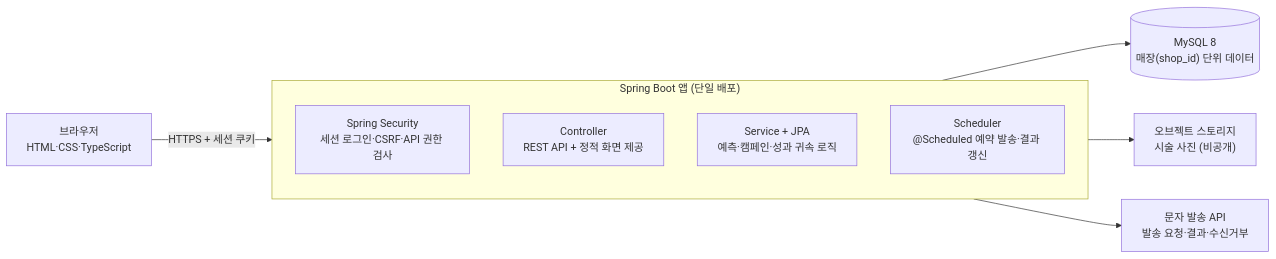
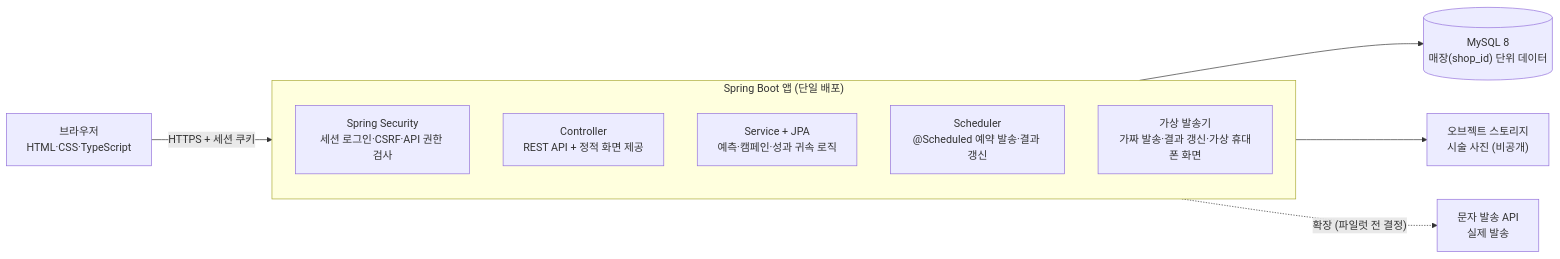
The second of 2 diagrams in 기획서.md (tuktak-lab/docs), drawn with Mermaid before and after one commit. The commit also changed other lines of this file and 2 other files, not shown here.

First line of the commit message:
Record A1-A12 decisions and use a virtual SMS sender for MVP

````diff
--- a/기획서.md
+++ b/기획서.md
@@ -201,14 +204,15 @@
 ```mermaid
 flowchart LR
     B["브라우저<br/>HTML·CSS·TypeScript"] -- "HTTPS + 세션 쿠키" --> APP
     subgraph APP["Spring Boot 앱 (단일 배포)"]
         direction TB
         S["Spring Security<br/>세션 로그인·CSRF·API 권한 검사"]
         C["Controller<br/>REST API + 정적 화면 제공"]
         SV["Service + JPA<br/>예측·캠페인·성과 귀속 로직"]
         SC["Scheduler<br/>@Scheduled 예약 발송·결과 갱신"]
+        V["가상 발송기<br/>가짜 발송·결과 갱신·가상 휴대폰 화면"]
     end
     APP --> DB[("MySQL 8<br/>매장(shop_id) 단위 데이터")]
     APP --> ST["오브젝트 스토리지<br/>시술 사진 (비공개)"]
-    APP --> SMS["문자 발송 API<br/>발송 요청·결과·수신거부"]
+    APP -. "확장 (파일럿 전 결정)" .-> SMS["문자 발송 API<br/>실제 발송"]
 ```
````
